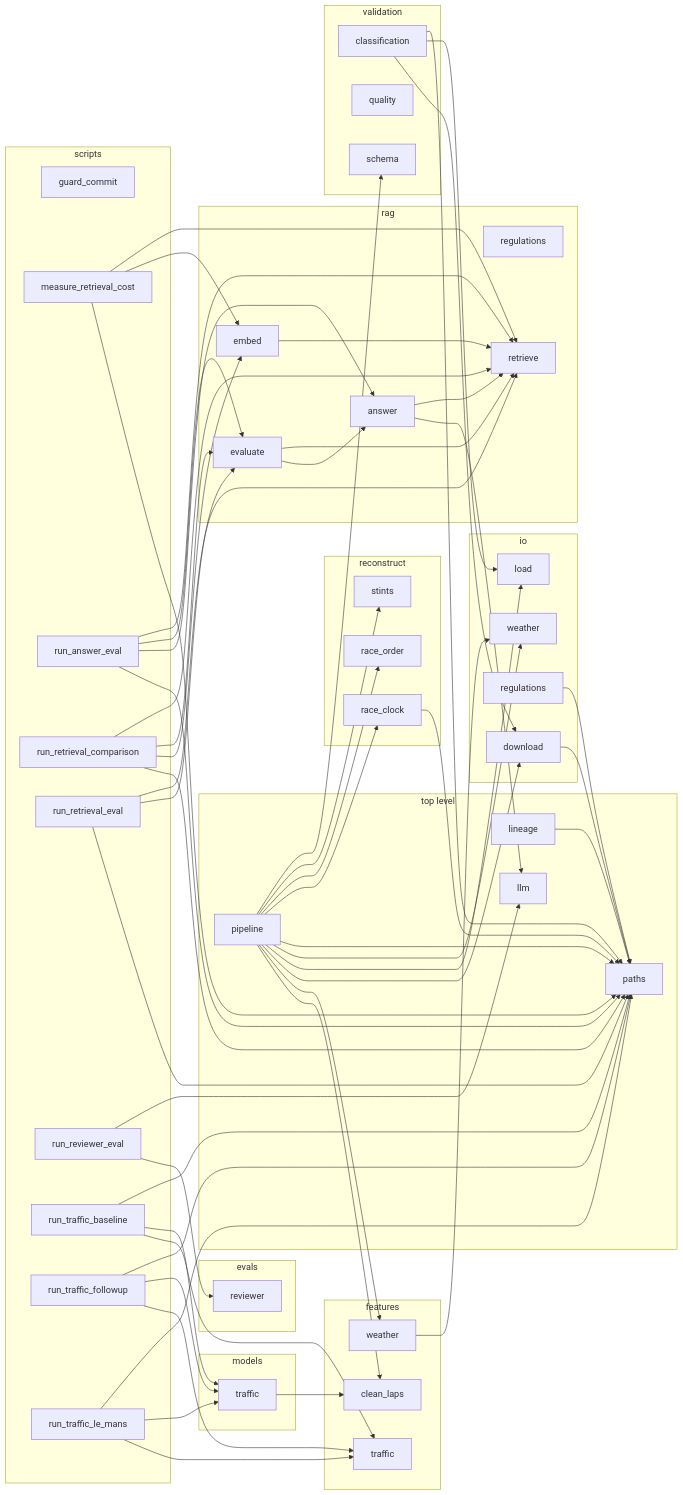
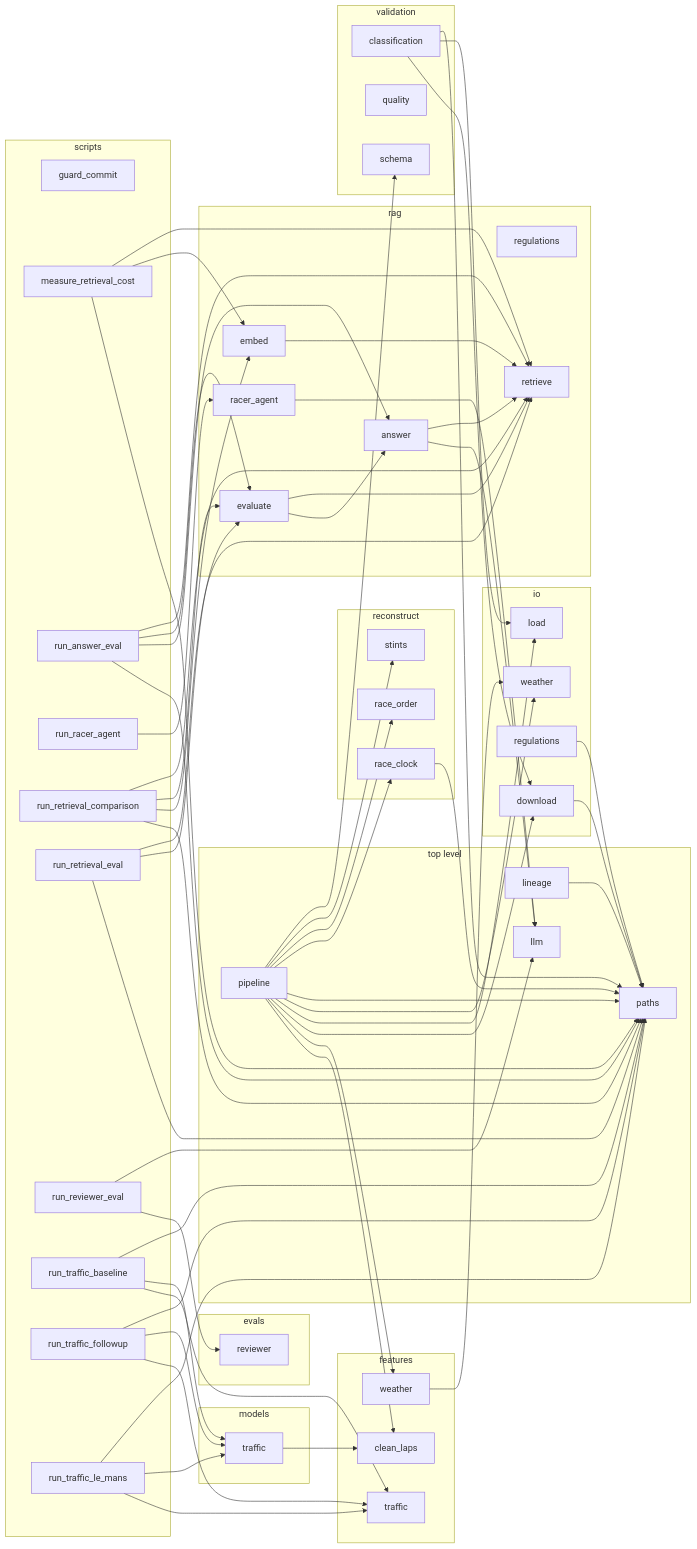
One commit to kaloyankirovgit/endurance-pit-strategy changed the second of 2 diagrams in docs/LINEAGE.md. Above: the diagram before and after it, drawn with Mermaid. The commit also changed other lines of this file and 7 other files, not shown here.

Commit message:
Amended E-019 before any questions exist: a blind racer agent writes them, with selection fixed in code

```diff
--- a/docs/LINEAGE.md
+++ b/docs/LINEAGE.md
@@ -155,6 +159,7 @@
     n_rag_answer["answer"]
     n_rag_embed["embed"]
     n_rag_evaluate["evaluate"]
+    n_rag_racer_agent["racer_agent"]
     n_rag_regulations["regulations"]
     n_rag_retrieve["retrieve"]
   end
@@ -167,6 +172,7 @@
     n_scripts_guard_commit["guard_commit"]
     n_scripts_measure_retrieval_cost["measure_retrieval_cost"]
     n_scripts_run_answer_eval["run_answer_eval"]
+    n_scripts_run_racer_agent["run_racer_agent"]
     n_scripts_run_retrieval_comparison["run_retrieval_comparison"]
     n_scripts_run_retrieval_eval["run_retrieval_eval"]
     n_scripts_run_reviewer_eval["run_reviewer_eval"]
@@ -205,6 +211,7 @@
   n_rag_embed --> n_rag_retrieve
   n_rag_evaluate --> n_rag_answer
   n_rag_evaluate --> n_rag_retrieve
+  n_rag_racer_agent --> n_llm
   n_reconstruct_race_clock --> n_paths
   n_scripts_measure_retrieval_cost --> n_paths
   n_scripts_measure_retrieval_cost --> n_rag_embed
@@ -213,6 +220,7 @@
   n_scripts_run_answer_eval --> n_rag_answer
   n_scripts_run_answer_eval --> n_rag_evaluate
   n_scripts_run_answer_eval --> n_rag_retrieve
+  n_scripts_run_racer_agent --> n_rag_racer_agent
   n_scripts_run_retrieval_comparison --> n_paths
   n_scripts_run_retrieval_comparison --> n_rag_embed
   n_scripts_run_retrieval_comparison --> n_rag_evaluate
```
